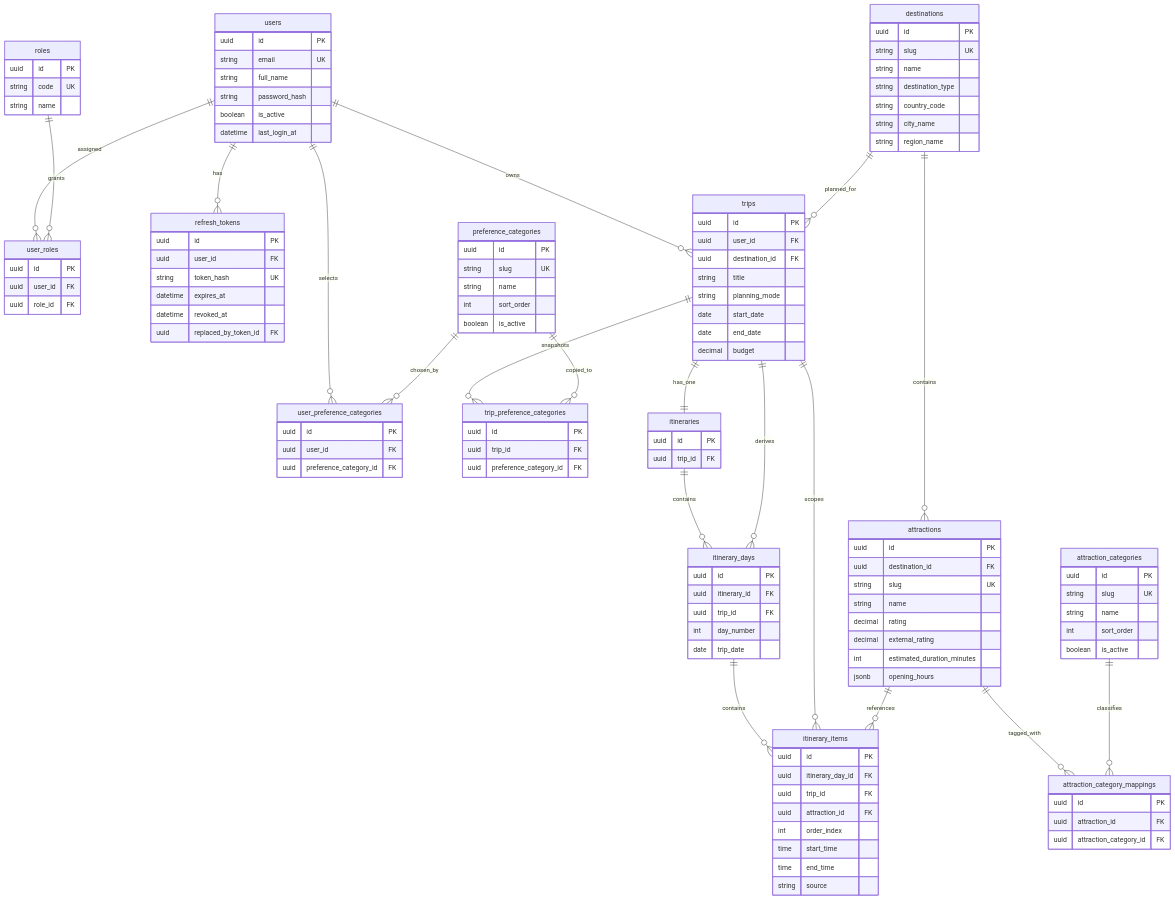
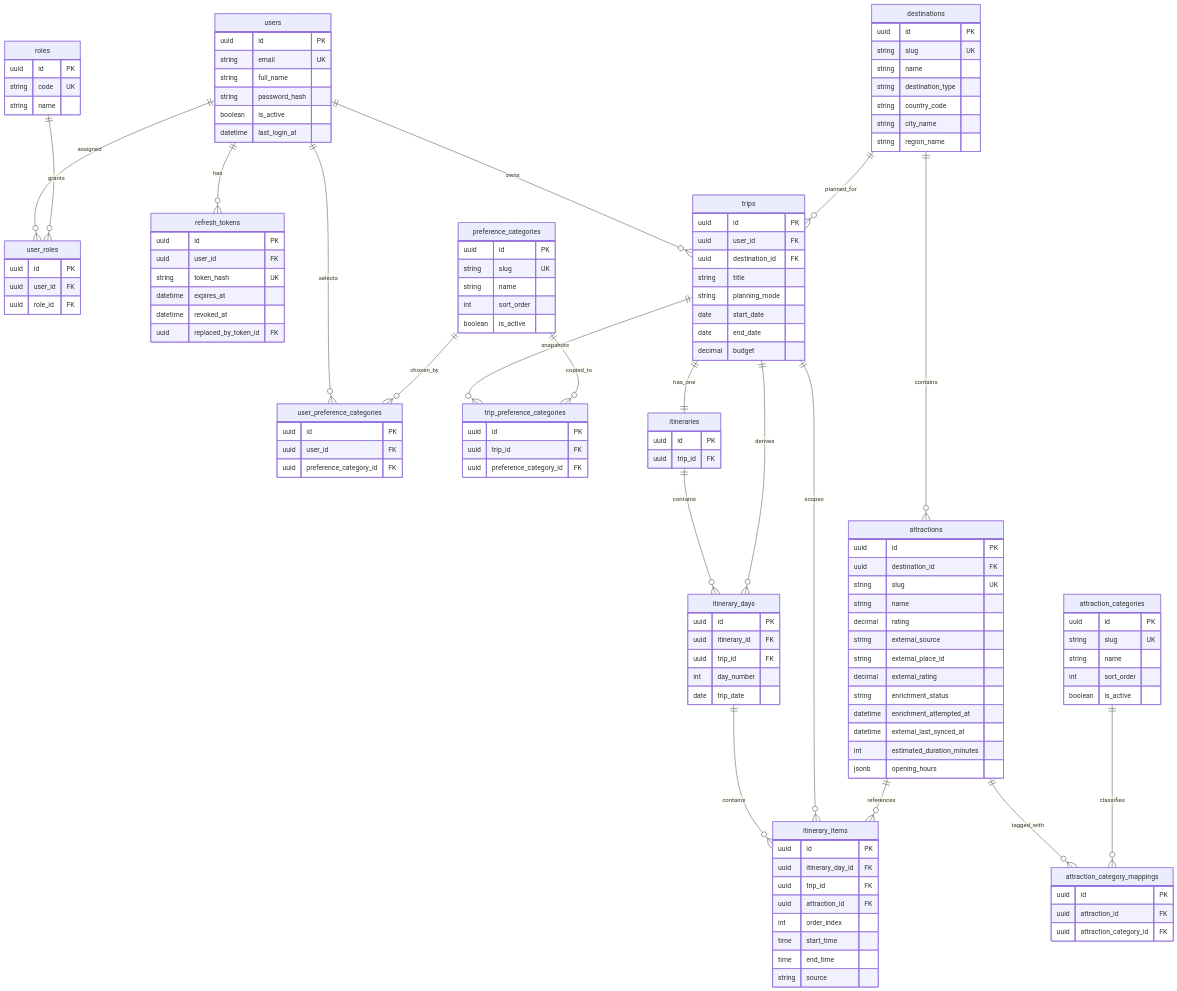
One commit to garryfishy/stoury-api changed the diagram in docs/database-relations.md. Above: the diagram before and after it, drawn with Mermaid. The commit also changed other lines of this file and 85 other files, not shown here.

```diff
--- a/docs/database-relations.md
+++ b/docs/database-relations.md
@@ -80,7 +80,12 @@
     string slug UK
     string name
     decimal rating
+    string external_source
+    string external_place_id
     decimal external_rating
+    string enrichment_status
+    datetime enrichment_attempted_at
+    datetime external_last_synced_at
     int estimated_duration_minutes
     jsonb opening_hours
   }
```
